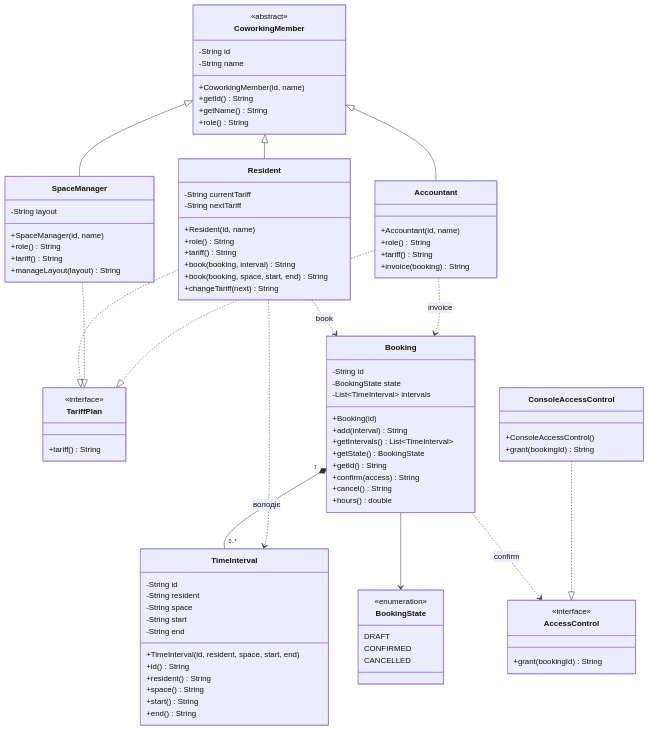
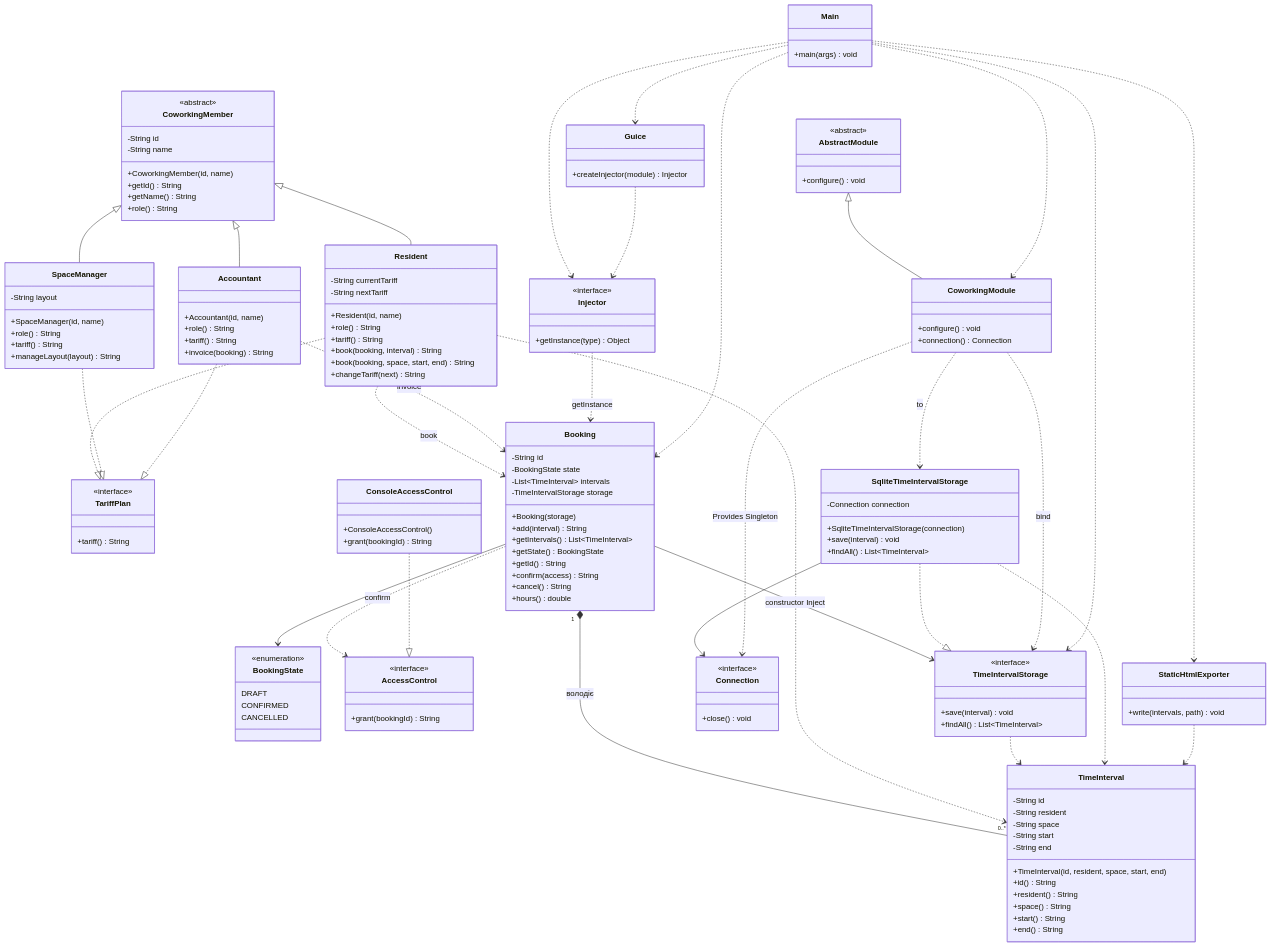
One commit to auulina21/coworking-19 changed the diagram in docs/class.mmd. Above: the diagram before and after it, drawn with Mermaid. The commit also changed 25 other files, not shown here.

```diff
--- a/docs/class.mmd
+++ b/docs/class.mmd
@@ -1,91 +1,146 @@
 classDiagram
 direction TB
 class CoworkingMember {
   <<abstract>>
   -String id
   -String name
   +CoworkingMember(id, name)
   +getId() String
   +getName() String
   +role() String
 }
 class TariffPlan {
   <<interface>>
   +tariff() String
 }
 class Resident {
   -String currentTariff
   -String nextTariff
   +Resident(id, name)
   +role() String
   +tariff() String
   +book(booking, interval) String
   +book(booking, space, start, end) String
   +changeTariff(next) String
 }
 class SpaceManager {
   -String layout
   +SpaceManager(id, name)
   +role() String
   +tariff() String
   +manageLayout(layout) String
 }
 class Accountant {
   +Accountant(id, name)
   +role() String
   +tariff() String
   +invoice(booking) String
 }
 class TimeInterval {
   -String id
   -String resident
   -String space
   -String start
   -String end
   +TimeInterval(id, resident, space, start, end)
   +id() String
   +resident() String
   +space() String
   +start() String
   +end() String
 }
 class BookingState {
   <<enumeration>>
   DRAFT
   CONFIRMED
   CANCELLED
 }
 class Booking {
   -String id
   -BookingState state
   -List~TimeInterval~ intervals
-  +Booking(id)
+  -TimeIntervalStorage storage
+  +Booking(storage)
   +add(interval) String
   +getIntervals() List~TimeInterval~
   +getState() BookingState
   +getId() String
   +confirm(access) String
   +cancel() String
   +hours() double
 }
 class AccessControl {
   <<interface>>
   +grant(bookingId) String
 }
 class ConsoleAccessControl {
   +ConsoleAccessControl()
   +grant(bookingId) String
 }
+class TimeIntervalStorage {
+  <<interface>>
+  +save(interval) void
+  +findAll() List~TimeInterval~
+}
+class SqliteTimeIntervalStorage {
+  -Connection connection
+  +SqliteTimeIntervalStorage(connection)
+  +save(interval) void
+  +findAll() List~TimeInterval~
+}
+class CoworkingModule {
+  +configure() void
+  +connection() Connection
+}
+class AbstractModule {
+  <<abstract>>
+  +configure() void
+}
+class Injector {
+  <<interface>>
+  +getInstance(type) Object
+}
+class Guice {
+  +createInjector(module) Injector
+}
+class Connection {
+  <<interface>>
+  +close() void
+}
+class Main {
+  +main(args) void
+}
+class StaticHtmlExporter {
+  +write(intervals, path) void
+}
 CoworkingMember <|-- Resident
 CoworkingMember <|-- SpaceManager
 CoworkingMember <|-- Accountant
 Resident ..|> TariffPlan
 SpaceManager ..|> TariffPlan
 Accountant ..|> TariffPlan
 Booking "1" *-- "0..*" TimeInterval : володіє
 Booking --> BookingState
 Booking ..> AccessControl : confirm
 ConsoleAccessControl ..|> AccessControl
 Resident ..> Booking : book
 Resident ..> TimeInterval
 Accountant ..> Booking : invoice
+Booking --> TimeIntervalStorage : constructor Inject
+TimeIntervalStorage ..> TimeInterval
+SqliteTimeIntervalStorage ..|> TimeIntervalStorage
+SqliteTimeIntervalStorage --> Connection
+SqliteTimeIntervalStorage ..> TimeInterval
+AbstractModule <|-- CoworkingModule
+CoworkingModule ..> TimeIntervalStorage : bind
+CoworkingModule ..> SqliteTimeIntervalStorage : to
+CoworkingModule ..> Connection : Provides Singleton
+Main ..> Guice
+Main ..> CoworkingModule
+Main ..> Injector
+Injector ..> Booking : getInstance
+Guice ..> Injector
+Main ..> Booking
+Main ..> StaticHtmlExporter
+StaticHtmlExporter ..> TimeInterval
+Main ..> TimeIntervalStorage
```
